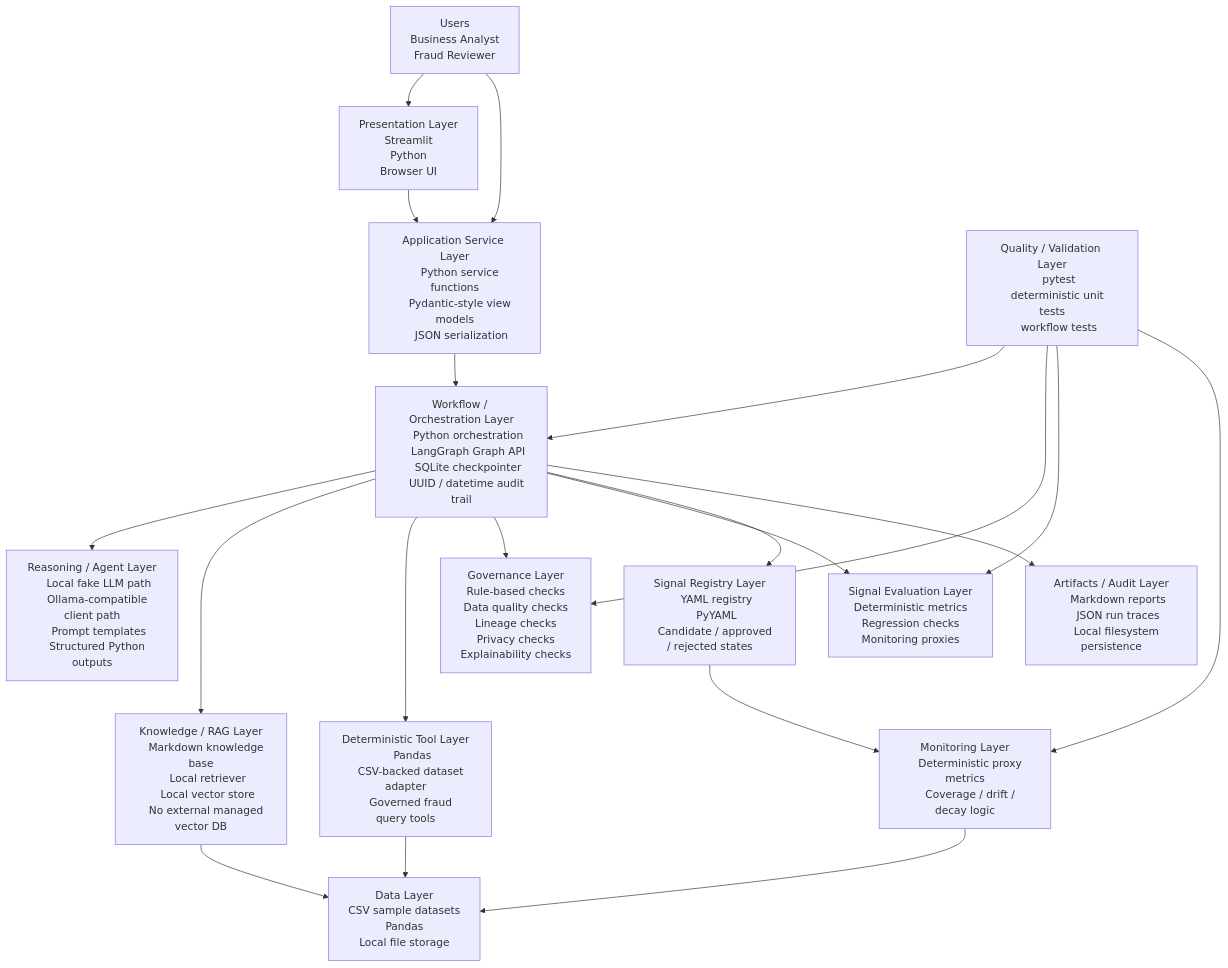
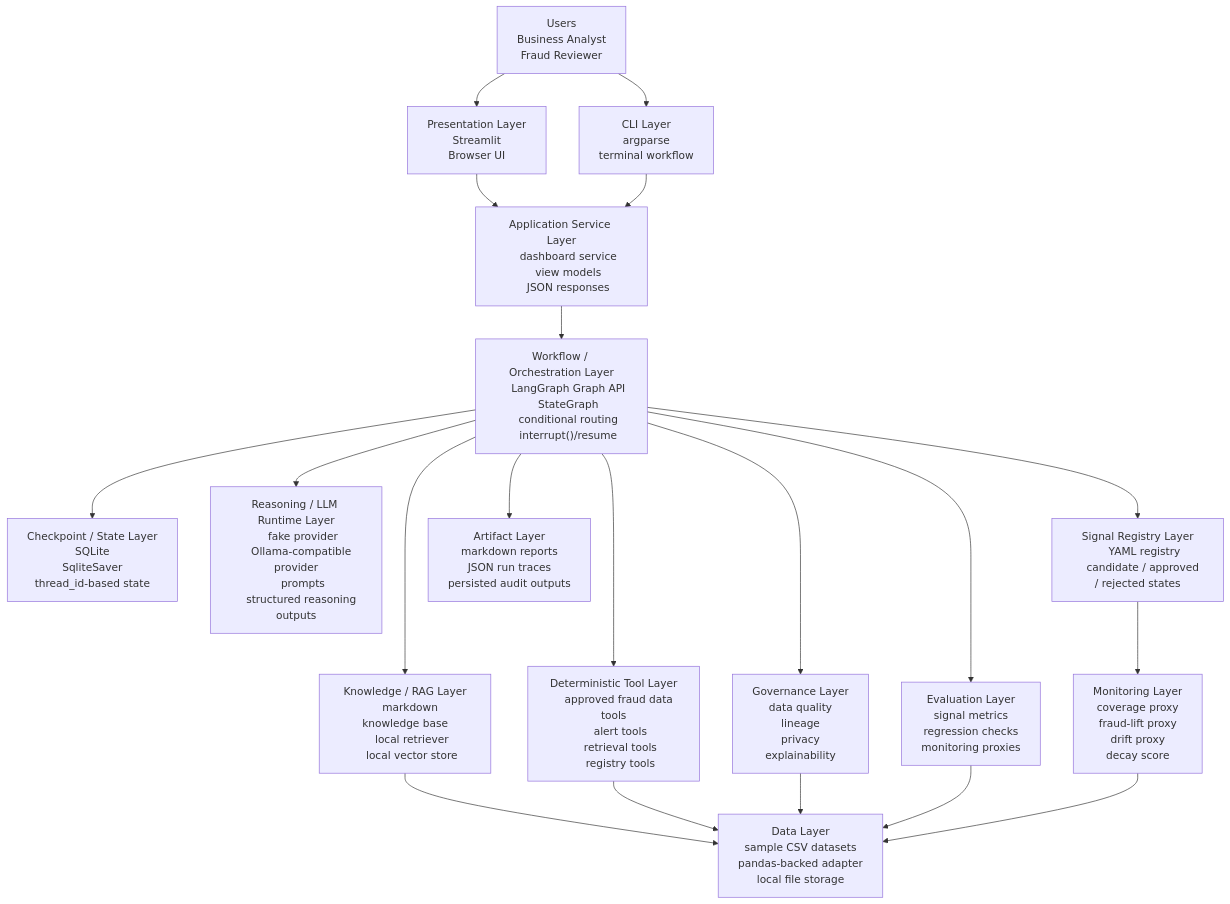
The first of 2 diagrams in docs/architecture_overview.md (emilyg888/fraud-agentic-ai), drawn with Mermaid before and after one commit. The commit also changed other lines of this file and 26 other files, not shown here.

````diff
--- a/docs/architecture_overview.md
+++ b/docs/architecture_overview.md
@@ -141,91 +54,96 @@
 
     UI["Presentation Layer
     Streamlit
-    Python
     Browser UI"]
 
+    CLI["CLI Layer
+    argparse
+    terminal workflow"]
+
     SVC["Application Service Layer
-    Python service functions
-    Pydantic-style view models
-    JSON serialization"]
+    dashboard service
+    view models
+    JSON responses"]
 
     ORCH["Workflow / Orchestration Layer
-    Python orchestration
     LangGraph Graph API
-    SQLite checkpointer
-    UUID / datetime audit trail"]
+    StateGraph
+    conditional routing
+    interrupt()/resume"]
 
-    AGENTS["Reasoning / Agent Layer
-    Local fake LLM path
-    Ollama-compatible client path
-    Prompt templates
-    Structured Python outputs"]
+    CKPT["Checkpoint / State Layer
+    SQLite
+    SqliteSaver
+    thread_id-based state"]
+
+    LLM["Reasoning / LLM Runtime Layer
+    fake provider
+    Ollama-compatible provider
+    prompts
+    structured reasoning outputs"]
 
     RAG["Knowledge / RAG Layer
-    Markdown knowledge base
-    Local retriever
-    Local vector store
-    No external managed vector DB"]
+    markdown knowledge base
+    local retriever
+    local vector store"]
 
     TOOLS["Deterministic Tool Layer
-    Pandas
-    CSV-backed dataset adapter
-    Governed fraud query tools"]
+    approved fraud data tools
+    alert tools
+    retrieval tools
+    registry tools"]
 
     GOV["Governance Layer
-    Rule-based checks
-    Data quality checks
-    Lineage checks
-    Privacy checks
-    Explainability checks"]
+    data quality
+    lineage
+    privacy
+    explainability"]
 
-    EVAL["Signal Evaluation Layer
-    Deterministic metrics
-    Regression checks
-    Monitoring proxies"]
+    EVAL["Evaluation Layer
+    signal metrics
+    regression checks
+    monitoring proxies"]
 
     REG["Signal Registry Layer
     YAML registry
-    PyYAML
-    Candidate / approved / rejected states"]
+    candidate / approved / rejected states"]
 
     DATA["Data Layer
-    CSV sample datasets
-    Pandas
-    Local file storage"]
+    sample CSV datasets
+    pandas-backed adapter
+    local file storage"]
 
-    ART["Artifacts / Audit Layer
-    Markdown reports
+    ART["Artifact Layer
+    markdown reports
     JSON run traces
-    Local filesystem persistence"]
+    persisted audit outputs"]
 
     MON["Monitoring Layer
-    Deterministic proxy metrics
-    Coverage / drift / decay logic"]
-
-    TEST["Quality / Validation Layer
-    pytest
-    deterministic unit tests
-    workflow tests"]
+    coverage proxy
+    fraud-lift proxy
+    drift proxy
+    decay score"]
 
     U --> UI
-    U --> SVC
+    U --> CLI
     UI --> SVC
+    CLI --> SVC
+
     SVC --> ORCH
-    ORCH --> AGENTS
+    ORCH --> CKPT
+    ORCH --> LLM
     ORCH --> RAG
     ORCH --> TOOLS
     ORCH --> GOV
     ORCH --> EVAL
     ORCH --> REG
     ORCH --> ART
+
+    RAG --> DATA
     TOOLS --> DATA
-    RAG --> DATA
+    GOV --> DATA
+    EVAL --> DATA
+
     REG --> MON
     MON --> DATA
-    TEST --> ORCH
-    TEST --> GOV
-    TEST --> EVAL
-    TEST --> MON
-
 ```
````
